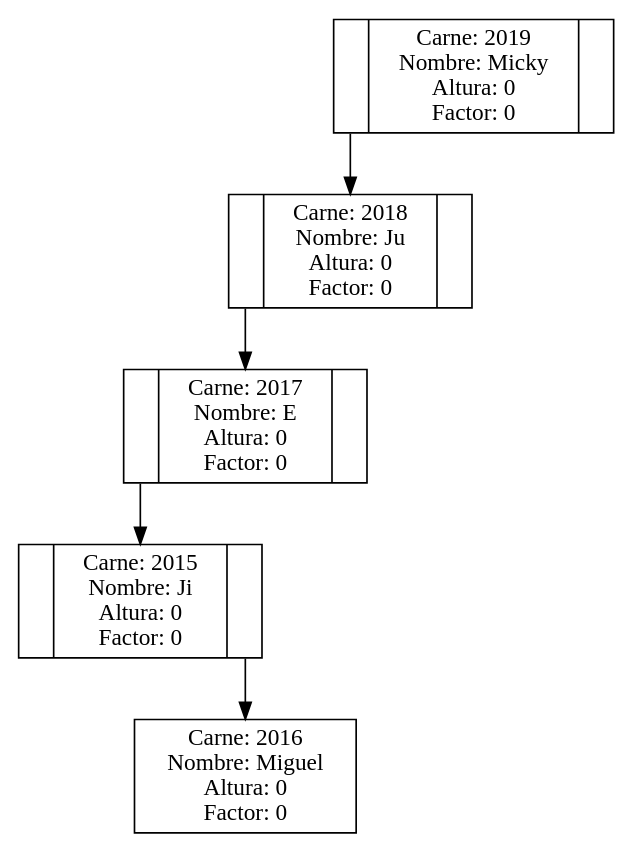
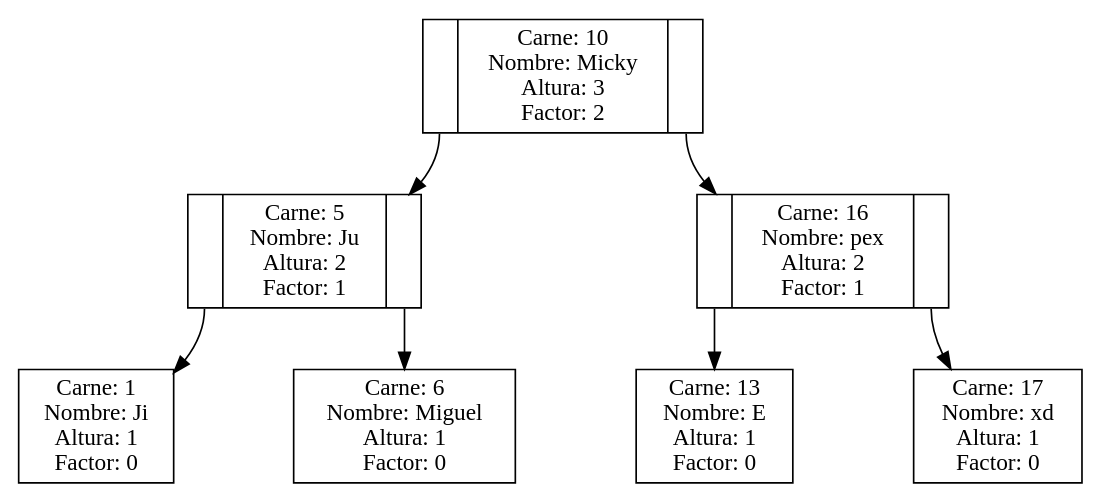
One commit to MickysxD/EDD_2S2019_P2_201700543 changed the diagram in graficaAVL.dot. Above: the diagram before and after it, drawn with Graphviz. The commit also changed 4 other files, not shown here.

```diff
--- a/graficaAVL.dot
+++ b/graficaAVL.dot
@@ -1,18 +1,21 @@
 digraph grafico{
 node [shape = record];
 graph [nodesep = 1];
 rankdir=TB;
-"2019"[label= "<C0>| Carne: 2019\nNombre: Micky\nAltura: 0\nFactor: 0|<C1>"];
-"2018"[label= "<C0>| Carne: 2018\nNombre: Ju\nAltura: 0\nFactor: 0|<C1>"];
-"2017"[label= "<C0>| Carne: 2017\nNombre: E\nAltura: 0\nFactor: 0|<C1>"];
-"2015"[label= "<C0>| Carne: 2015\nNombre: Ji\nAltura: 0\nFactor: 0|<C1>"];
-"2016"[label= "Carne: 2016\nNombre: Miguel\nAltura: 0\nFactor: 0"];
-"2015":C1->"2016";
-{rank=same; "2016" }
-"2017":C0->"2015";
-{rank=same; "2015" }
-"2018":C0->"2017";
-{rank=same; "2017" }
-"2019":C0->"2018";
-{rank=same; "2018" }
+"10"[label= "<C0>| Carne: 10\nNombre: Micky\nAltura: 3\nFactor: 2|<C1>"];
+"5"[label= "<C0>| Carne: 5\nNombre: Ju\nAltura: 2\nFactor: 1|<C1>"];
+"1"[label= "Carne: 1\nNombre: Ji\nAltura: 1\nFactor: 0"];
+"5":C0->"1";
+"6"[label= "Carne: 6\nNombre: Miguel\nAltura: 1\nFactor: 0"];
+"5":C1->"6";
+{rank=same; "1" "6" }
+"10":C0->"5";
+"16"[label= "<C0>| Carne: 16\nNombre: pex\nAltura: 2\nFactor: 1|<C1>"];
+"13"[label= "Carne: 13\nNombre: E\nAltura: 1\nFactor: 0"];
+"16":C0->"13";
+"17"[label= "Carne: 17\nNombre: xd\nAltura: 1\nFactor: 0"];
+"16":C1->"17";
+{rank=same; "13" "17" }
+"10":C1->"16";
+{rank=same; "5" "16" }
 }
```
